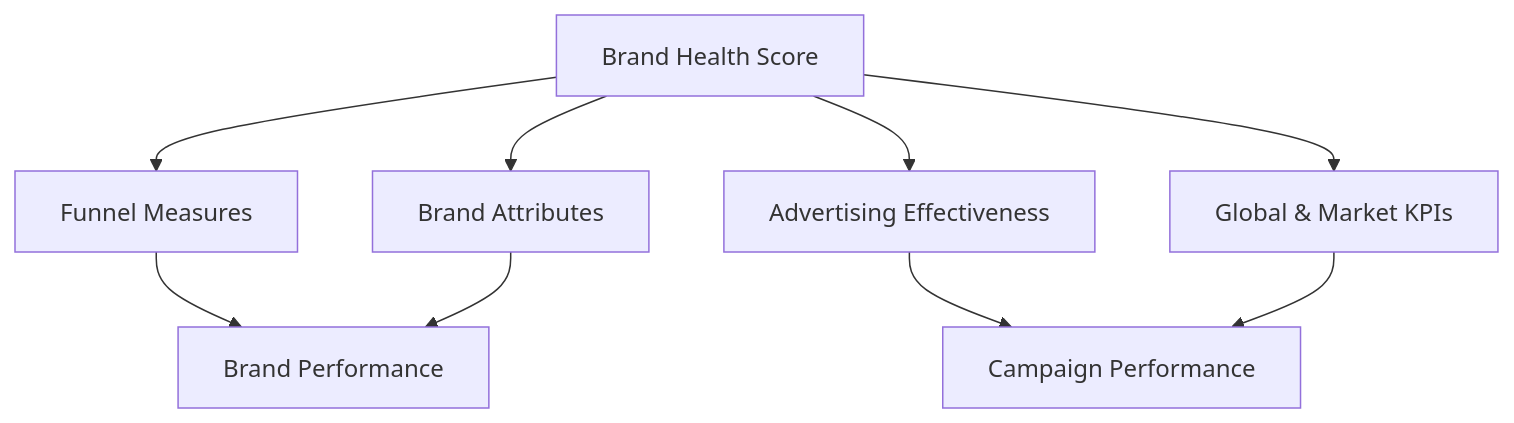
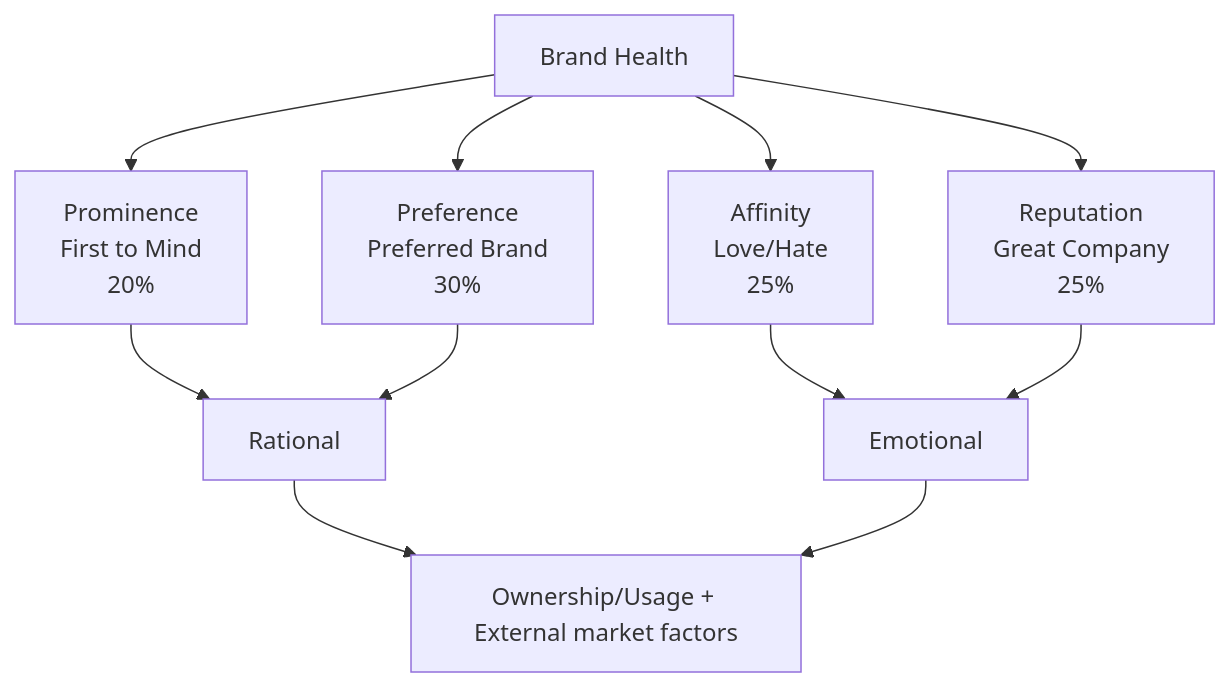
Before and after one commit to siddharthjena-brandscapes/Klarifai-Notebook: the diagram in backend/markdown_files/24_-_Ethiopia_-_BHT_-_Report_310724.md, drawn with Mermaid. The commit also changed other lines of this file and 7 other files, not shown here.

````diff
--- a/backend/markdown_files/24_-_Ethiopia_-_BHT_-_Report_310724.md
+++ b/backend/markdown_files/24_-_Ethiopia_-_BHT_-_Report_310724.md
@@ -1184,11 +1060,20 @@
 ```mermaid
 graph TD
-    BHS[Brand Health Score] --> FM[Funnel Measures]
-    BHS --> BA[Brand Attributes]
-    BHS --> AE[Advertising Effectiveness]
-    BHS --> GM[Global & Market KPIs]
-    FM --> BP[Brand Performance]
-    BA --> BP
-    AE --> CP[Campaign Performance]
-    GM --> CP
+    A[Brand Health] --> B[Prominence]
+    A --> C[Preference]
+    A --> D[Affinity]
+    A --> E[Reputation]
+    
+    B[Prominence<br>First to Mind<br>20%]
+    C[Preference<br>Preferred Brand<br>30%]
+    D[Affinity<br>Love/Hate<br>25%]
+    E[Reputation<br>Great Company<br>25%]
+    
+    B --> F[Rational]
+    C --> F
+    D --> G[Emotional]
+    E --> G
+    
+    F --> H[Ownership/Usage + External market factors]
+    G --> H
 ```
````
